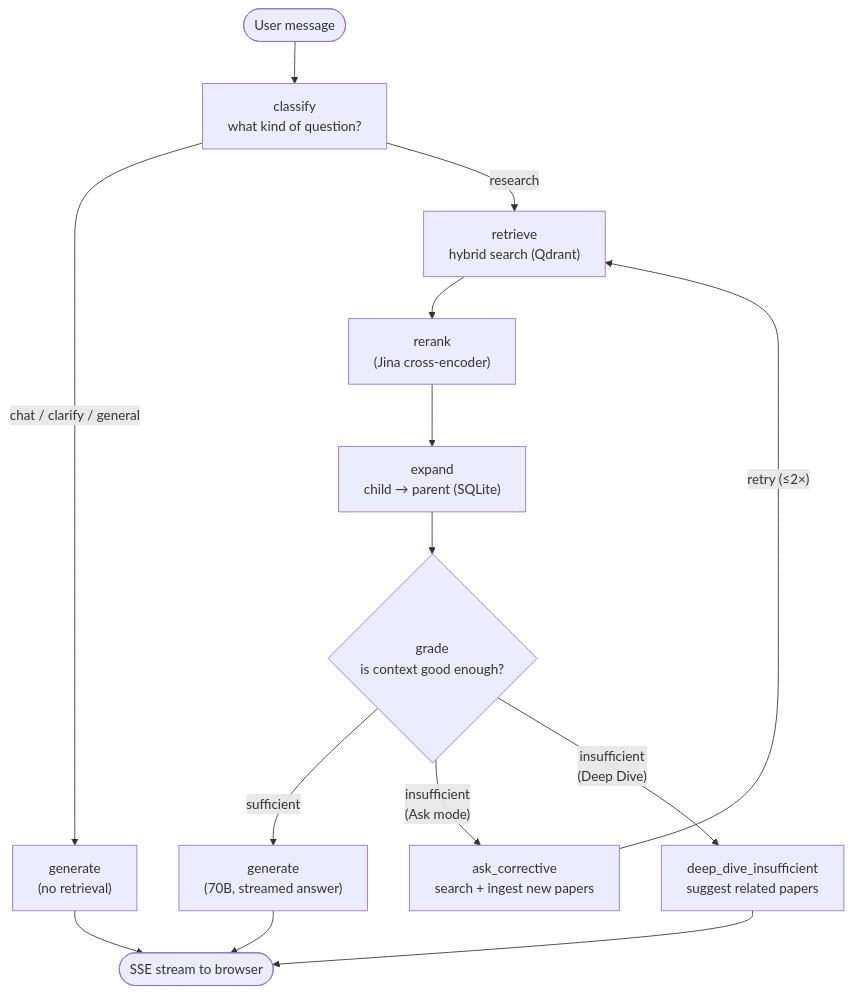
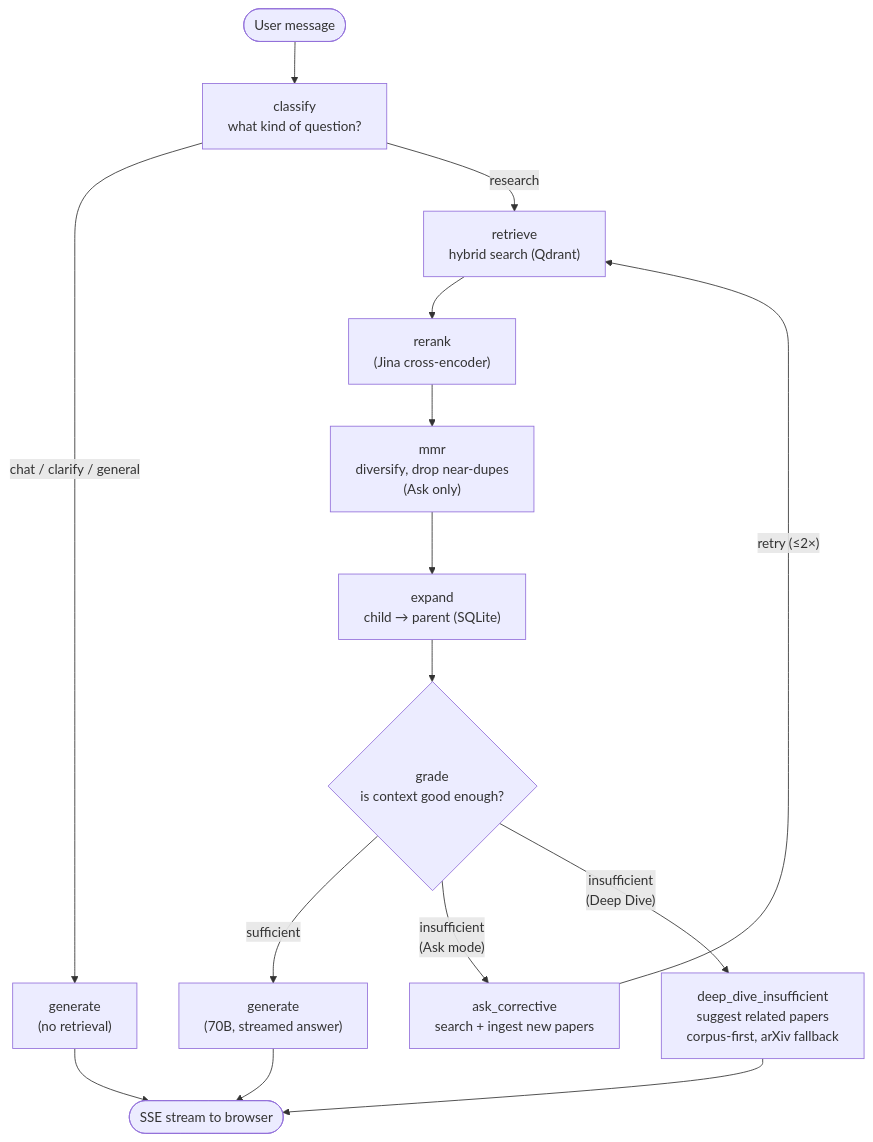
The second of 2 diagrams in README.md (ibrahim-alii/ferret), drawn with Mermaid before and after one commit. The commit also changed other lines of this file and 5 other files, not shown here.

First line of the commit message:
feat(deep-dive): surface corpus suggestions when paper falls short

````diff
--- a/README.md
+++ b/README.md
@@ -97,16 +120,17 @@
 ```mermaid
 graph TD
     START(["User message"]) --> C["classify<br/>what kind of question?"]
     C -->|chat / clarify / general| CHAT["generate<br/>(no retrieval)"]
     C -->|research| R["retrieve<br/>hybrid search (Qdrant)"]
     R --> RK["rerank<br/>(Jina cross-encoder)"]
-    RK --> EX["expand<br/>child → parent (SQLite)"]
+    RK --> MM["mmr<br/>diversify, drop near-dupes<br/>(Ask only)"]
+    MM --> EX["expand<br/>child → parent (SQLite)"]
     EX --> GR{"grade<br/>is context good enough?"}
     GR -->|sufficient| GEN["generate<br/>(70B, streamed answer)"]
     GR -->|"insufficient<br/>(Ask mode)"| COR["ask_corrective<br/>search + ingest new papers"]
     COR -->|"retry (≤2×)"| R
-    GR -->|"insufficient<br/>(Deep Dive)"| DD["deep_dive_insufficient<br/>suggest related papers"]
+    GR -->|"insufficient<br/>(Deep Dive)"| DD["deep_dive_insufficient<br/>suggest related papers<br/>corpus-first, arXiv fallback"]
     GEN --> DONE(["SSE stream to browser"])
     CHAT --> DONE
     DD --> DONE
 ```
````
